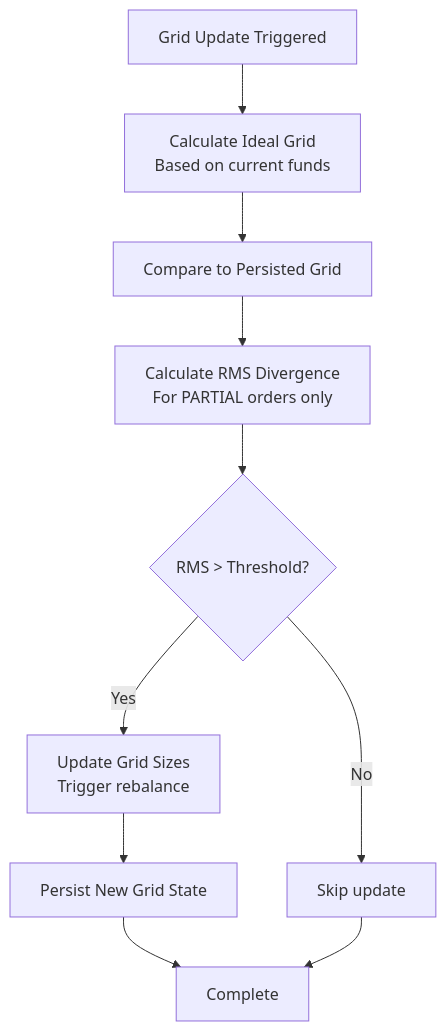
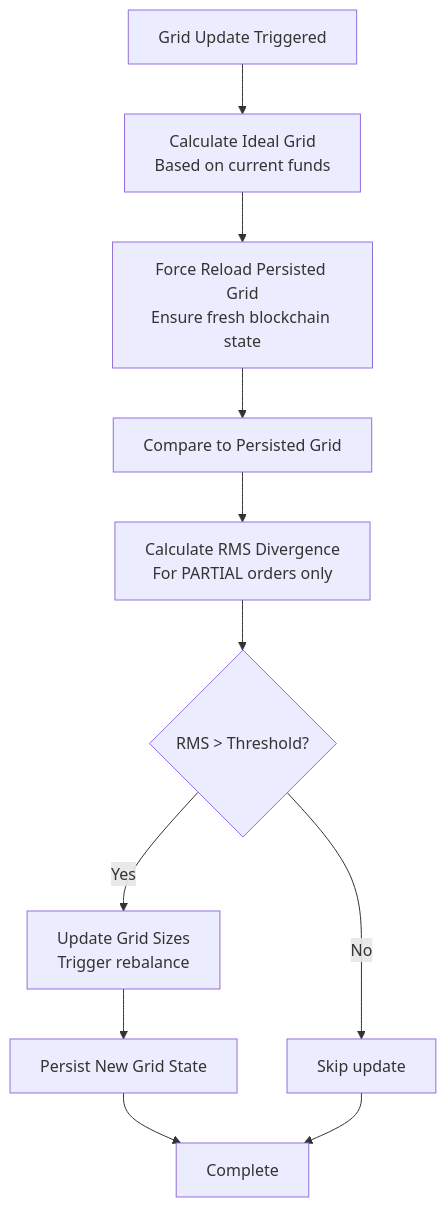
One commit to abitmore/DEXBot2 changed the ninth of 12 diagrams in docs/architecture.md. Above: the diagram before and after it, drawn with Mermaid. The commit also changed other lines of this file and 3 other files, not shown here.

````diff
--- a/docs/architecture.md
+++ b/docs/architecture.md
@@ -359,14 +361,15 @@
 ```mermaid
 graph TB
     START[Grid Update Triggered] --> CALC[Calculate Ideal Grid<br/>Based on current funds]
-    CALC --> COMPARE[Compare to Persisted Grid]
+    CALC --> RELOAD["Force Reload Persisted Grid<br/>Ensure fresh blockchain state"]
+    RELOAD --> COMPARE[Compare to Persisted Grid]
     COMPARE --> RMS[Calculate RMS Divergence<br/>For PARTIAL orders only]
     
     RMS --> CHECK{RMS > Threshold?}
     CHECK -->|Yes| UPDATE[Update Grid Sizes<br/>Trigger rebalance]
     CHECK -->|No| SKIP[Skip update]
     
     UPDATE --> PERSIST[Persist New Grid State]
     PERSIST --> DONE[Complete]
     SKIP --> DONE
 ```
````
